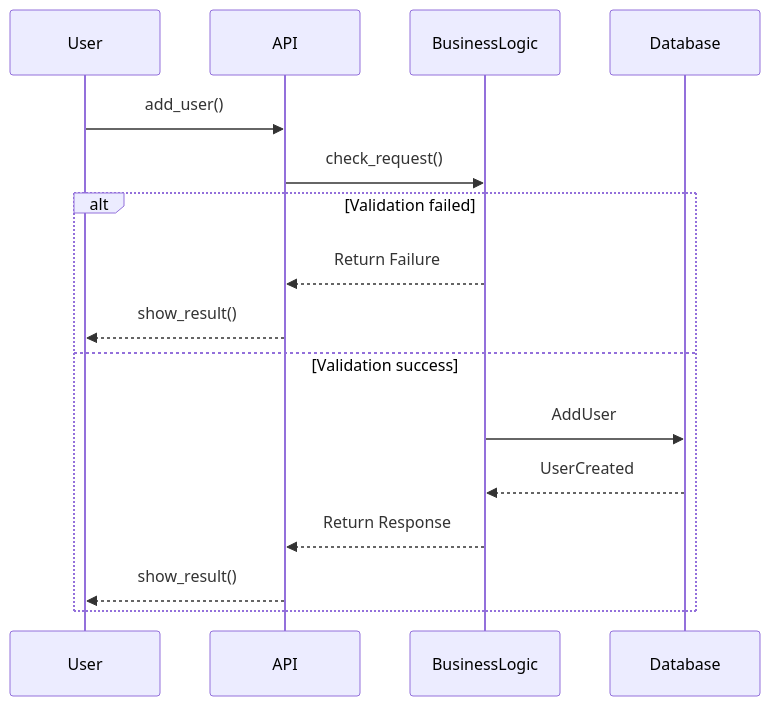
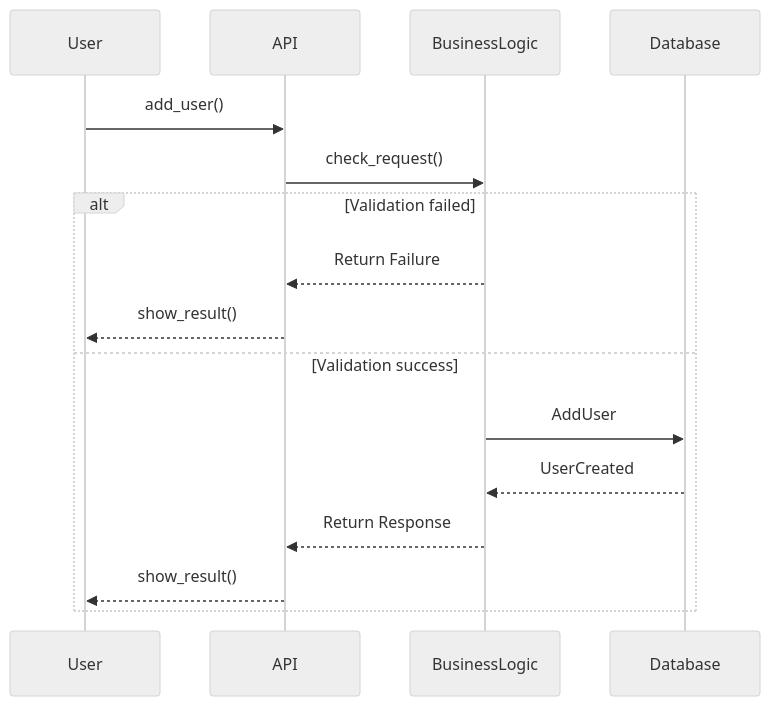
One commit to EnzoMessaoudi/holbertonschool-hbnb changed the diagram in part1/sequence_diagrams.mermaid. Above: the diagram before and after it, drawn with Mermaid.

Commit message:
Change contrast

```diff
--- a/part1/sequence_diagrams.mermaid
+++ b/part1/sequence_diagrams.mermaid
@@ -1,19 +1,21 @@
+%%{ init : { "theme": "neutral" } }%%
+
 sequenceDiagram
 participant User
 participant API
 participant BusinessLogic
 participant Database
 
 User->>API: add_user()
 API->>BusinessLogic: check_request()
 
 
 alt Validation failed
     BusinessLogic-->>API: Return Failure
     API-->>User:show_result()
 else Validation success
     BusinessLogic->>Database: AddUser
     Database-->>BusinessLogic: UserCreated
     BusinessLogic-->>API: Return Response
     API-->>User: show_result()
 end
```
